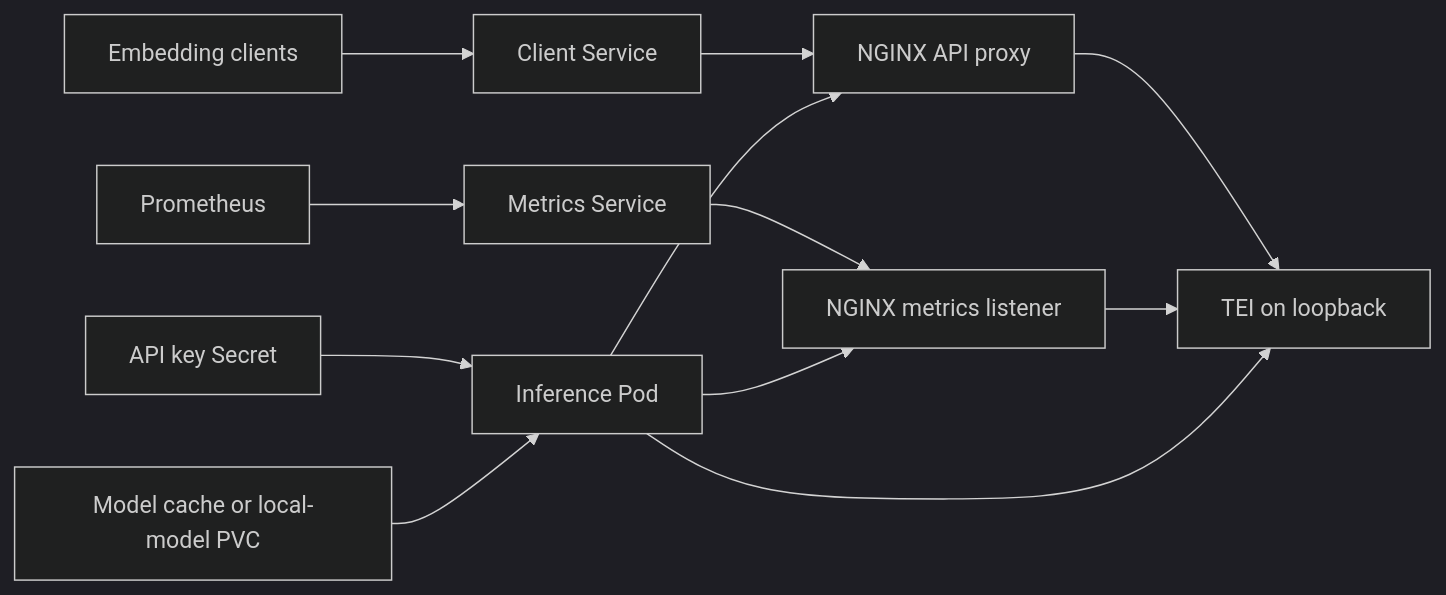
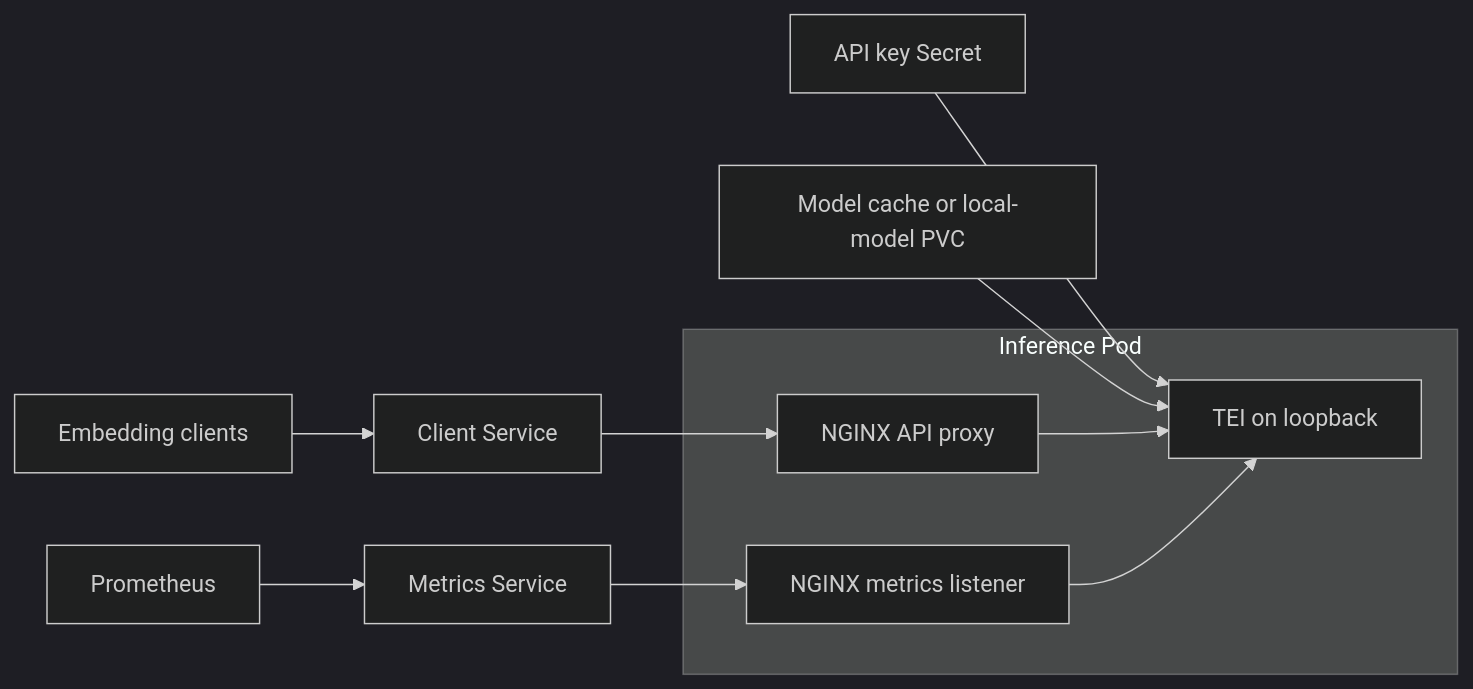
The diagram in charts/text-embeddings-inference/DESIGN.md (helmforgedev/charts), drawn with Mermaid (dark theme) before and after one commit. The commit also changed other lines of this file and 1 other file, not shown here.

Commit message:
fix(text-embeddings-inference): address review feedback

````diff
--- a/charts/text-embeddings-inference/DESIGN.md
+++ b/charts/text-embeddings-inference/DESIGN.md
@@ -20,14 +21,13 @@
 ```mermaid
 flowchart LR
   client[Embedding clients] --> service[Client Service]
-  service --> proxy[NGINX API proxy]
-  proxy --> tei[TEI on loopback]
   prometheus[Prometheus] --> metricsService[Metrics Service]
-  metricsService --> metricsProxy[NGINX metrics listener]
-  metricsProxy --> tei
-  secret[API key Secret] --> pod[Inference Pod]
-  cache[Model cache or local-model PVC] --> pod
-  pod --> proxy
-  pod --> metricsProxy
-  pod --> tei
+  service --> proxy
+  metricsService --> metricsProxy
+  secret[API key Secret] --> tei
+  cache[Model cache or local-model PVC] --> tei
+  subgraph pod[Inference Pod]
+    proxy[NGINX API proxy] --> tei[TEI on loopback]
+    metricsProxy[NGINX metrics listener] --> tei
+  end
 ```
````
